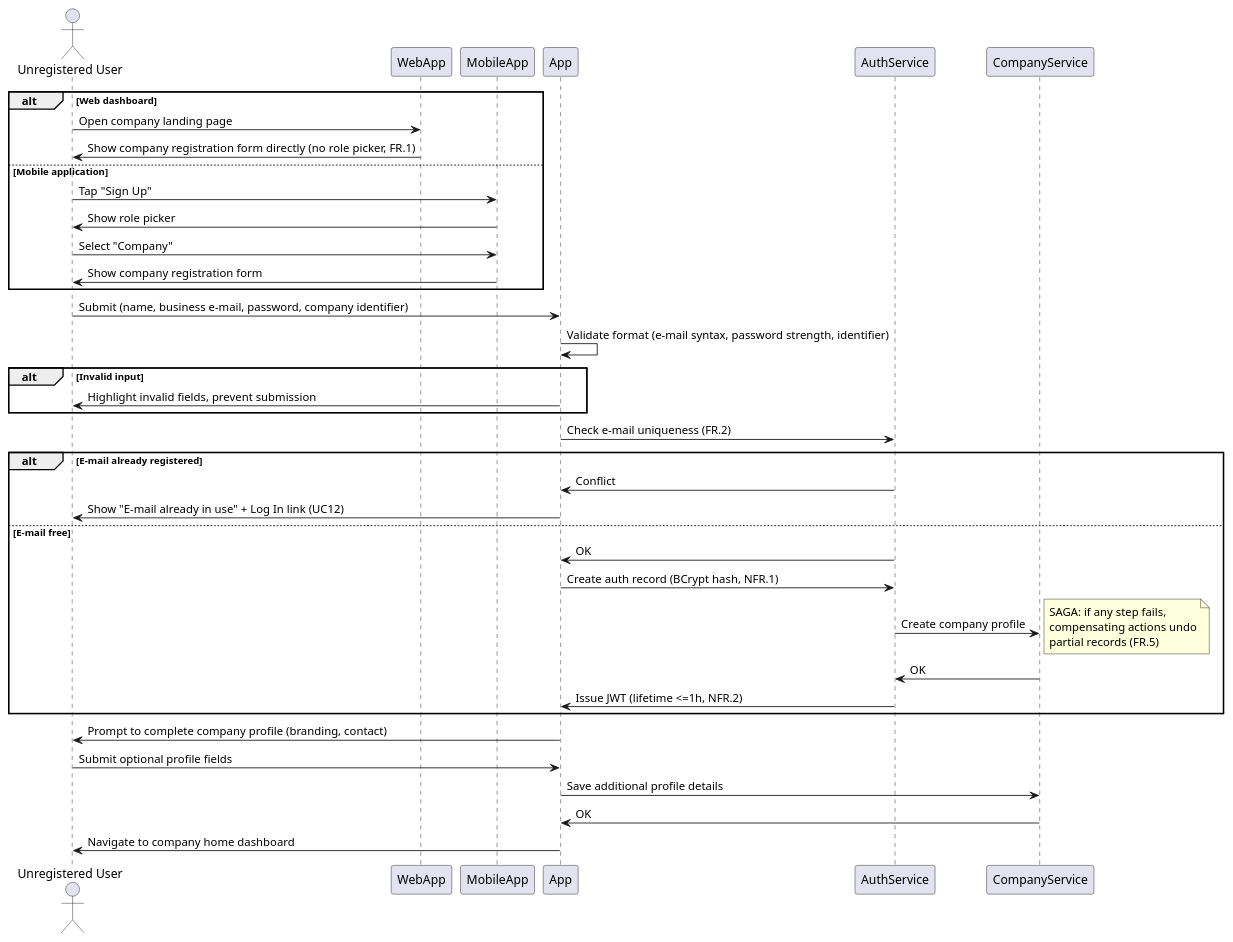
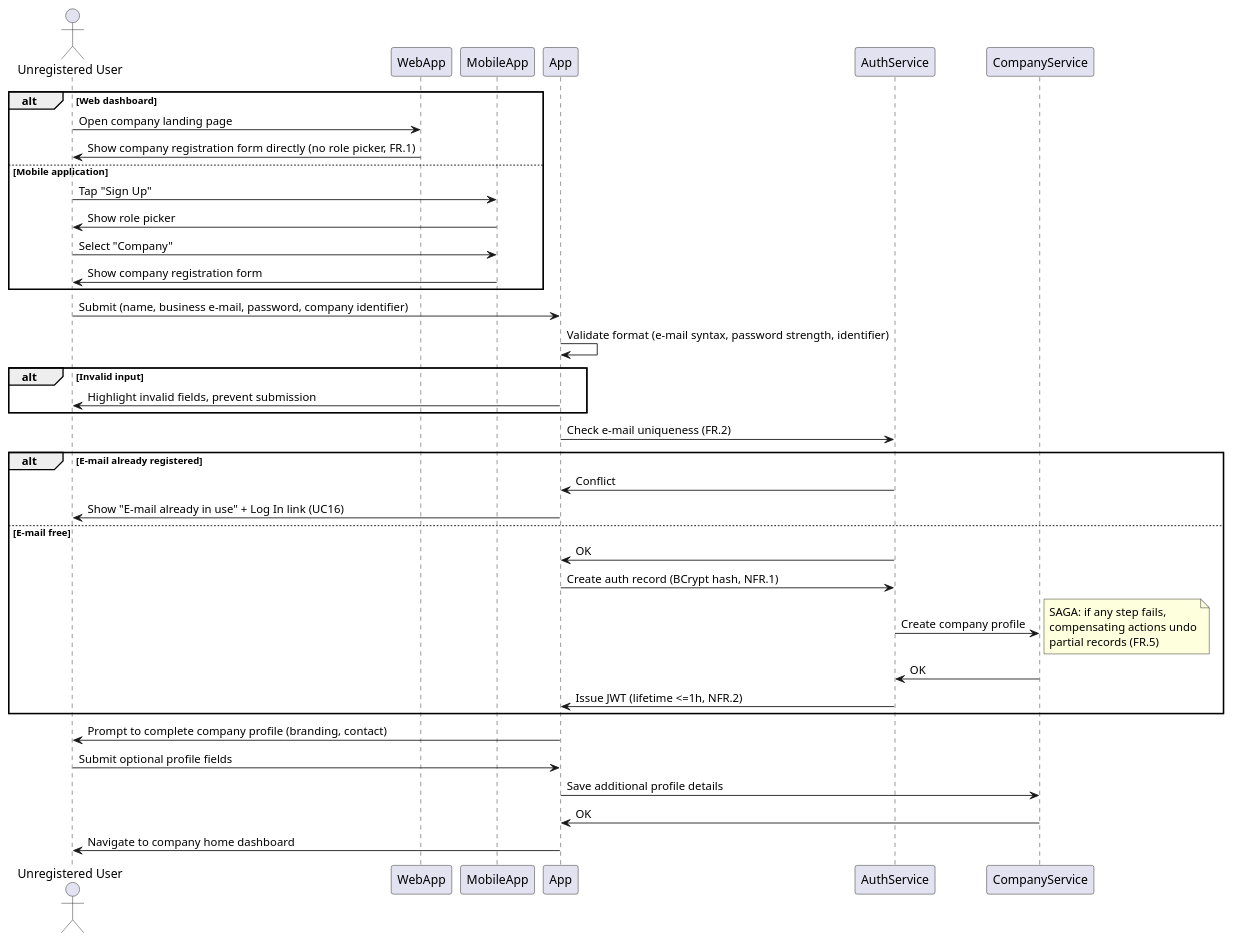
One commit to TheXik/Ad-on-Wheels changed the diagram in DOCS/Usecases/Company/Registration/CompanyRegistrationDiagram.puml. Above: the diagram before and after it, drawn with PlantUML. The commit also changed 12 other files, not shown here.

```diff
--- a/DOCS/Usecases/Company/Registration/CompanyRegistrationDiagram.puml
+++ b/DOCS/Usecases/Company/Registration/CompanyRegistrationDiagram.puml
@@ -1,45 +1,45 @@
 @startuml CompanyRegistration
 actor "Unregistered User" as User
 
 alt Web dashboard
     User -> WebApp : Open company landing page
     WebApp -> User : Show company registration form directly (no role picker, FR.1)
 else Mobile application
     User -> MobileApp : Tap "Sign Up"
     MobileApp -> User : Show role picker
     User -> MobileApp : Select "Company"
     MobileApp -> User : Show company registration form
 end
 
 User -> App : Submit (name, business e-mail, password, company identifier)
 App -> App : Validate format (e-mail syntax, password strength, identifier)
 
 alt Invalid input
     App -> User : Highlight invalid fields, prevent submission
 end
 
 App -> AuthService : Check e-mail uniqueness (FR.2)
 
 alt E-mail already registered
     AuthService -> App : Conflict
-    App -> User : Show "E-mail already in use" + Log In link (UC12)
+    App -> User : Show "E-mail already in use" + Log In link (UC16)
 else E-mail free
     AuthService -> App : OK
     App -> AuthService : Create auth record (BCrypt hash, NFR.1)
     AuthService -> CompanyService : Create company profile
     note right
         SAGA: if any step fails,
         compensating actions undo
         partial records (FR.5)
     end note
     CompanyService -> AuthService : OK
     AuthService -> App : Issue JWT (lifetime <=1h, NFR.2)
 end
 
 App -> User : Prompt to complete company profile (branding, contact)
 User -> App : Submit optional profile fields
 App -> CompanyService : Save additional profile details
 CompanyService -> App : OK
 App -> User : Navigate to company home dashboard
 
 @enduml
```
